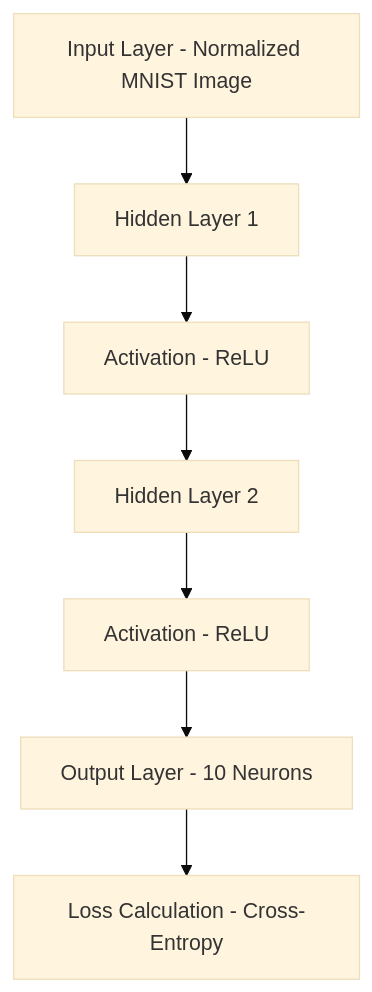
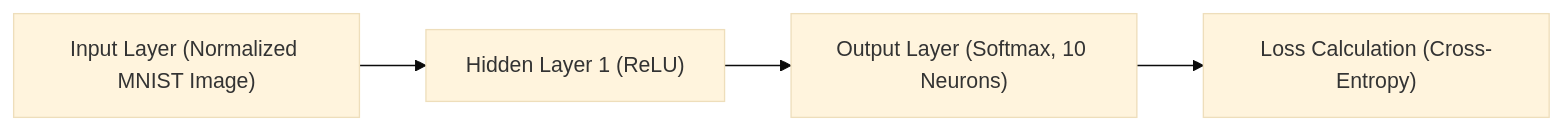
The diagram in README.md (oliver-illum/mnist-neural-network), drawn with Mermaid (base theme) before and after one commit.

Commit message:
updated mermaid diagram

````diff
--- a/README.md
+++ b/README.md
@@ -64,17 +64,11 @@
 ```mermaid
-flowchart TD
-    A["Input Layer - Normalized MNIST Image"]
-    B["Hidden Layer 1"]
-    C["Activation - ReLU"]
-    D["Hidden Layer 2"]
-    E["Activation - ReLU"]
-    F["Output Layer - 10 Neurons"]
-    G["Loss Calculation - Cross-Entropy"]
-    
+flowchart LR
+    A["Input Layer (Normalized MNIST Image)"]
+    B["Hidden Layer 1 (ReLU)"]
+    C["Output Layer (Softmax, 10 Neurons)"]
+    D["Loss Calculation (Cross-Entropy)"]
+
     A --> B
     B --> C
     C --> D
-    D --> E
-    E --> F
-    F --> G
 ```
````
